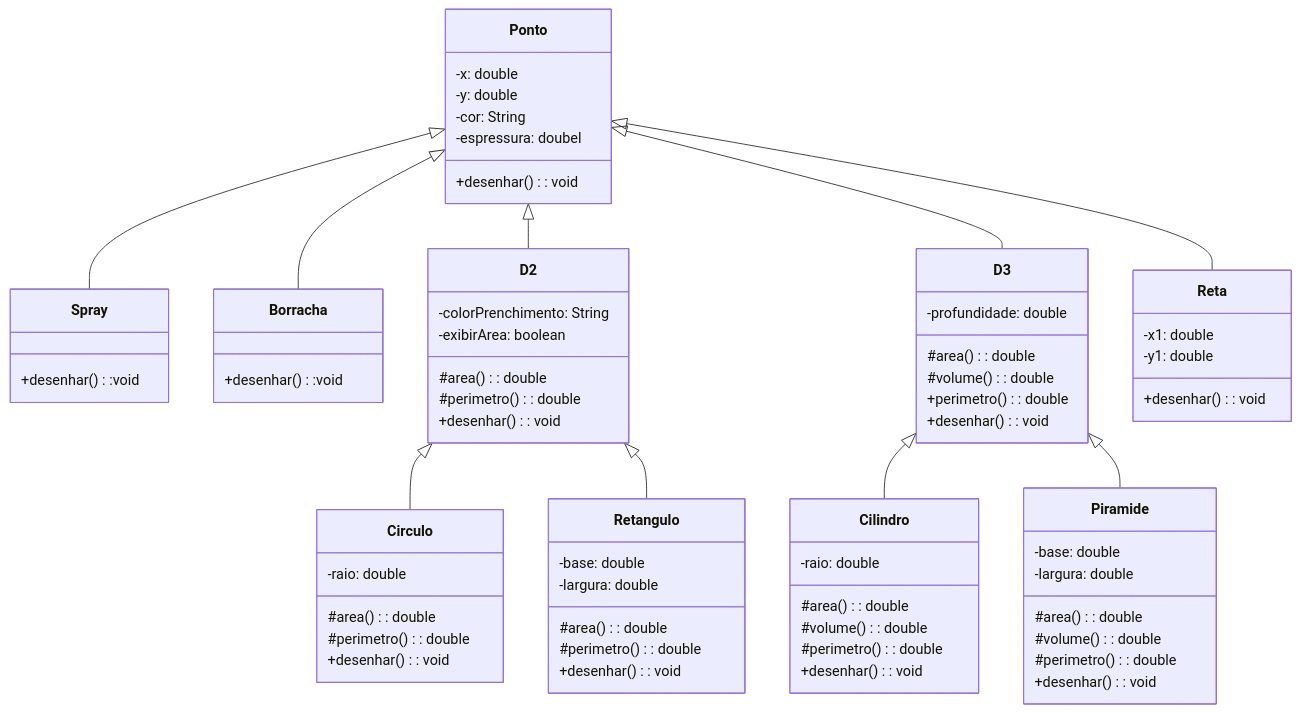
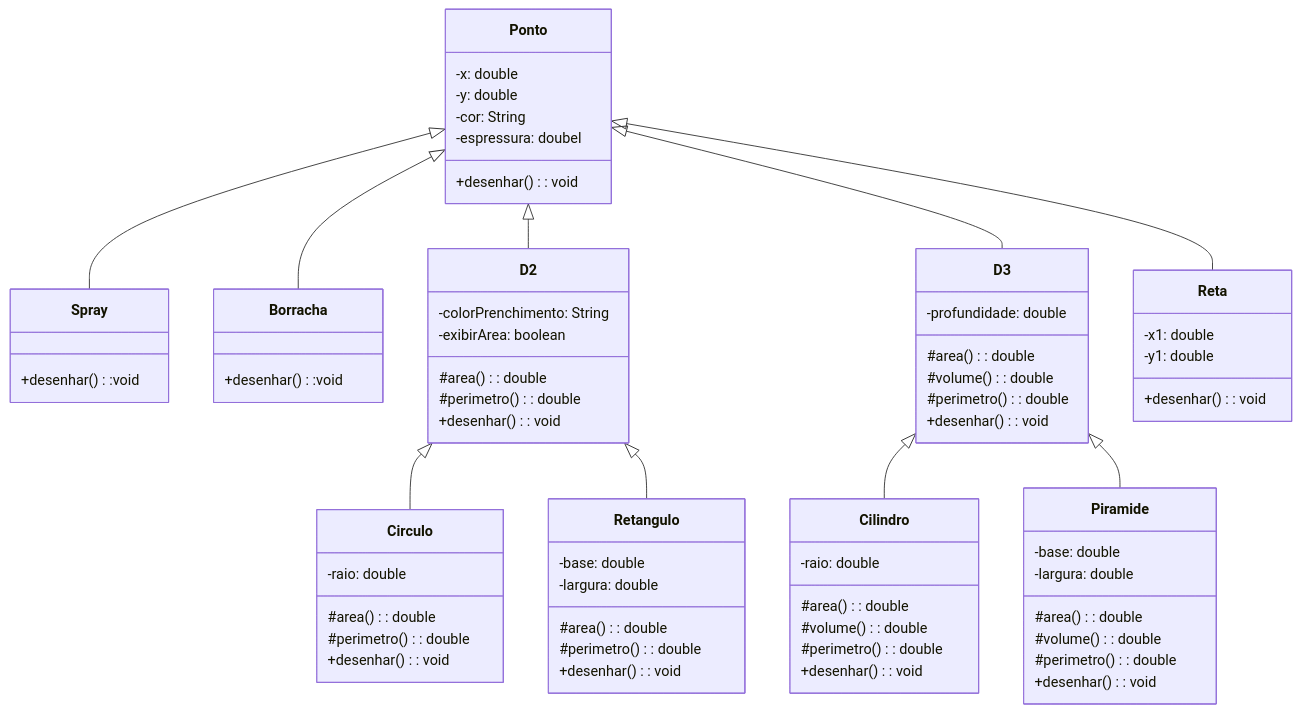
The diagram in README.md (StephanyeCunto/PaintBrush), drawn with Mermaid before and after one commit. The commit also changed 6 other files, not shown here.

````diff
--- a/README.md
+++ b/README.md
@@ -71,82 +71,82 @@
 ```mermaid
 classDiagram
     class Ponto {
         -x: double
         -y: double
         -cor: String
          -espressura: doubel
         +desenhar(): void
     }
 
 class Spray{
    +desenhar():void
 }
 
 class Borracha{
    +desenhar():void
 }
 
     class D2 {
         -colorPrenchimento: String
         -exibirArea: boolean
         #area(): double
         #perimetro(): double
         +desenhar(): void
     }
 
     class D3 {
         -profundidade: double
         #area(): double
         #volume(): double
-        +perimetro(): double
+        #perimetro(): double
         +desenhar(): void
     }
 
     class Reta {
         -x1: double
         -y1: double
         +desenhar(): void
     }
 
     class Circulo {
         -raio: double
         #area(): double
         #perimetro(): double
         +desenhar(): void
     }
 
     class Retangulo {
         -base: double
         -largura: double
         #area(): double
         #perimetro(): double
         +desenhar(): void
     }
 
     class Cilindro {
         -raio: double
         #area(): double
         #volume(): double
         #perimetro(): double
         +desenhar(): void
     }
 
     class Piramide {
         -base: double
         -largura: double
         #area(): double
         #volume(): double
         #perimetro(): double
         +desenhar(): void
     }
 
     Ponto <|-- D2
     Ponto <|-- D3
     Ponto <|-- Reta
 Ponto<|-- Spray
    Ponto<|-- Borracha
     D2 <|-- Circulo
     D2 <|-- Retangulo
     D3 <|-- Cilindro
     D3 <|-- Piramide
 ```
````
